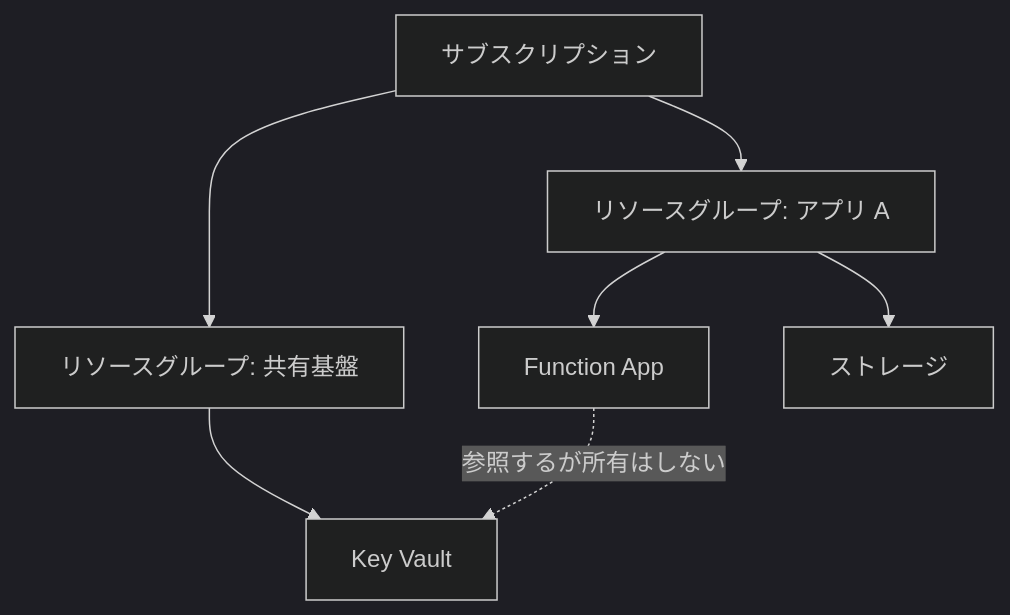
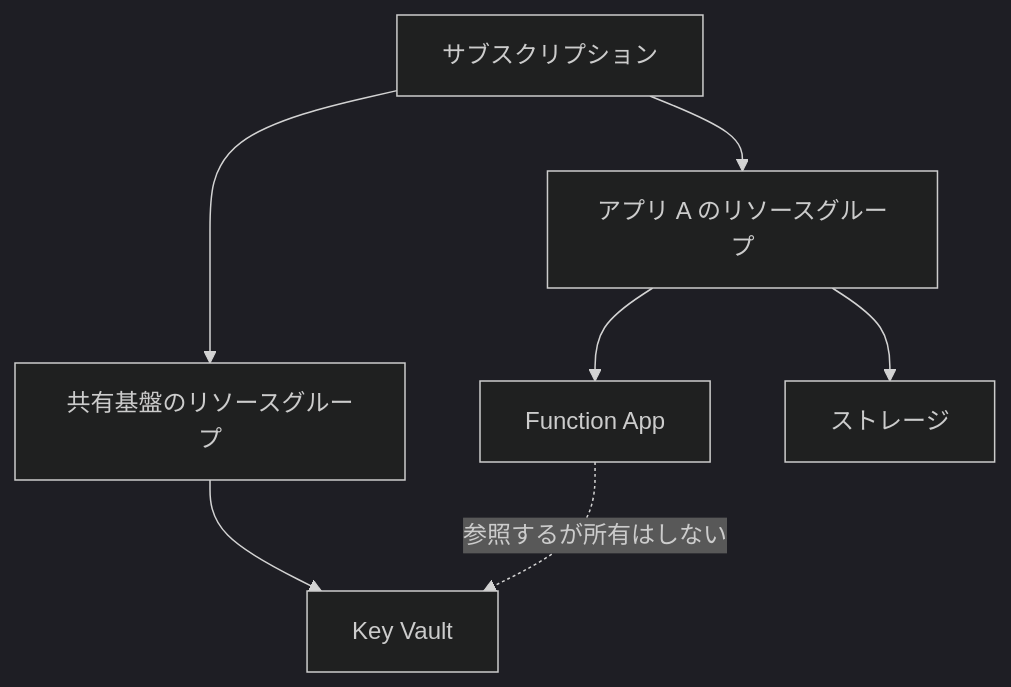
The diagram in manuscript/part1/03-resource-groups.md (engineers-hub-ltd-in-house-project/azure-practice), drawn with Mermaid (dark theme) before and after one commit. The commit also changed 5 other files, not shown here.

First line of the commit message:
docs: 全章の図のノード表記を後置形式に統一する

````diff
--- a/manuscript/part1/03-resource-groups.md
+++ b/manuscript/part1/03-resource-groups.md
@@ -40,10 +40,10 @@
 ```mermaid
 flowchart TB
   S["サブスクリプション"]
-  S --> RG1["リソースグループ: アプリ A"]
-  S --> RG2["リソースグループ: 共有基盤"]
+  S --> RG1["アプリ A のリソースグループ"]
+  S --> RG2["共有基盤のリソースグループ"]
   RG1 --> A1["Function App"]
   RG1 --> A2["ストレージ"]
   RG2 --> B1["Key Vault"]
   A1 -.->|"参照するが所有はしない"| B1
 ```
````
